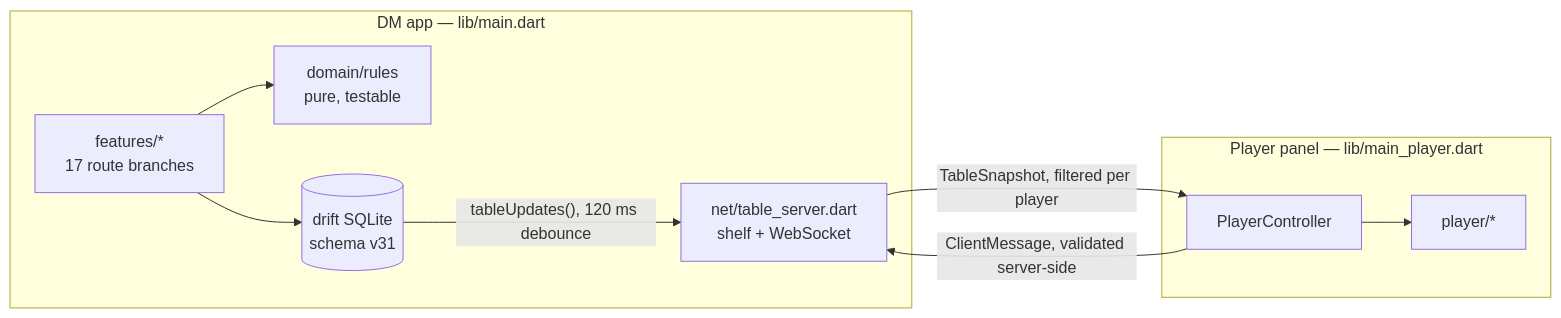
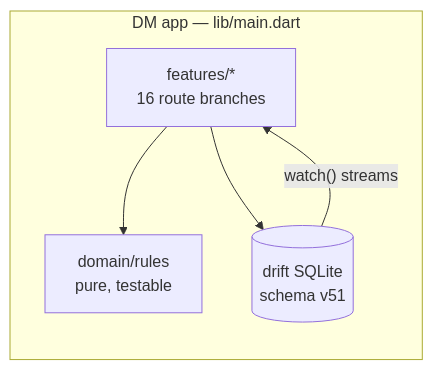
One commit to selehattinsaykal/dm-table changed the diagram in README.md. Above: the diagram before and after it, drawn with Mermaid. The commit also changed other lines of this file and 428 other files, not shown here.

````diff
--- a/README.md
+++ b/README.md
@@ -144,19 +123,11 @@
 ```mermaid
 flowchart LR
   subgraph DM["DM app — lib/main.dart"]
-    UI["features/*<br/>17 route branches"]
+    UI["features/*<br/>16 route branches"]
     RULES["domain/rules<br/>pure, testable"]
-    DB[("drift SQLite<br/>schema v31")]
-    SRV["net/table_server.dart<br/>shelf + WebSocket"]
+    DB[("drift SQLite<br/>schema v51")]
     UI --> RULES
     UI --> DB
-    DB -- "tableUpdates(), 120 ms debounce" --> SRV
+    DB -- "watch() streams" --> UI
   end
-  subgraph P["Player panel — lib/main_player.dart"]
-    PC["PlayerController"]
-    PUI["player/*"]
-    PC --> PUI
-  end
-  SRV -- "TableSnapshot, filtered per player" --> PC
-  PC -- "ClientMessage, validated server-side" --> SRV
 ```
````
